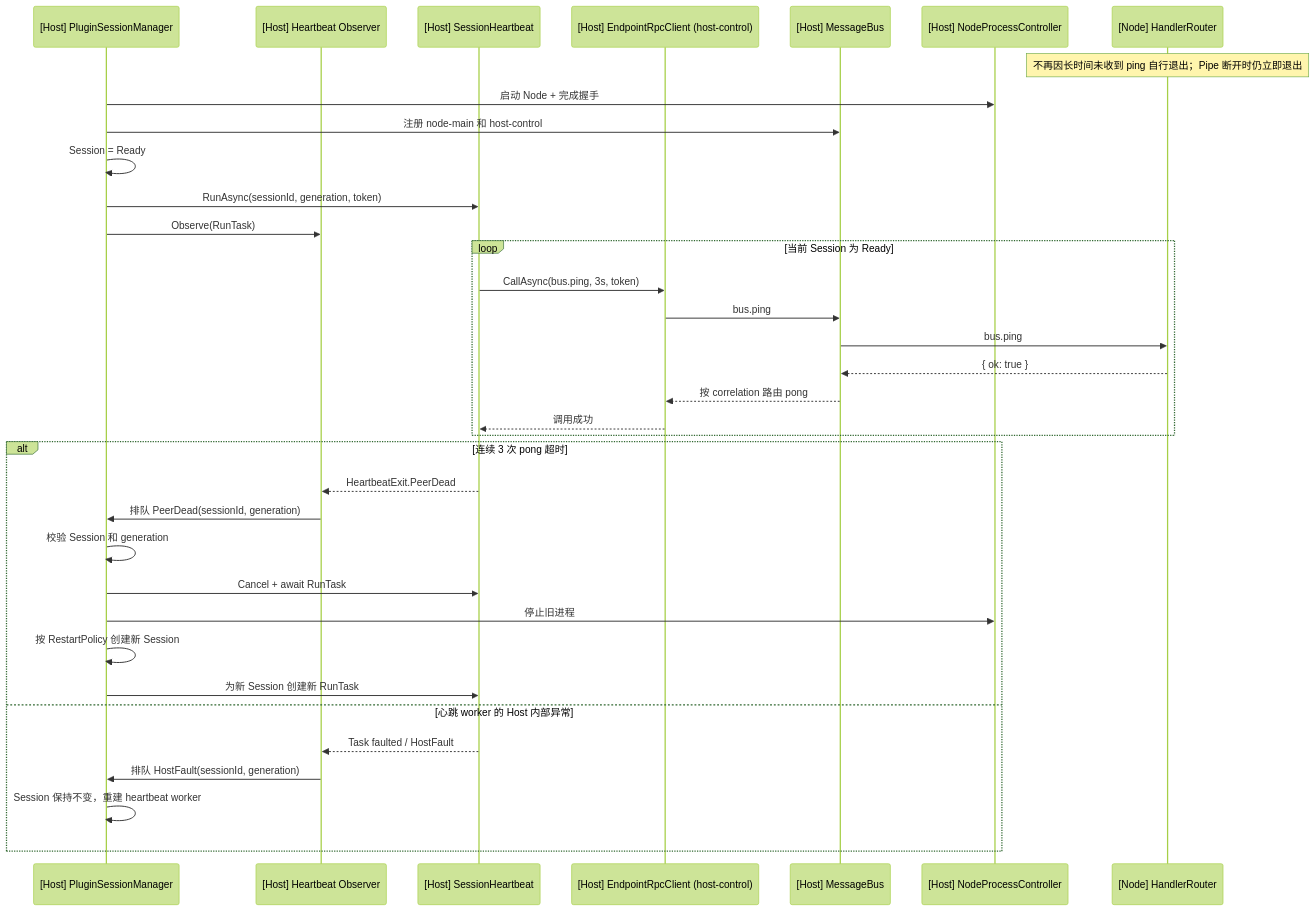
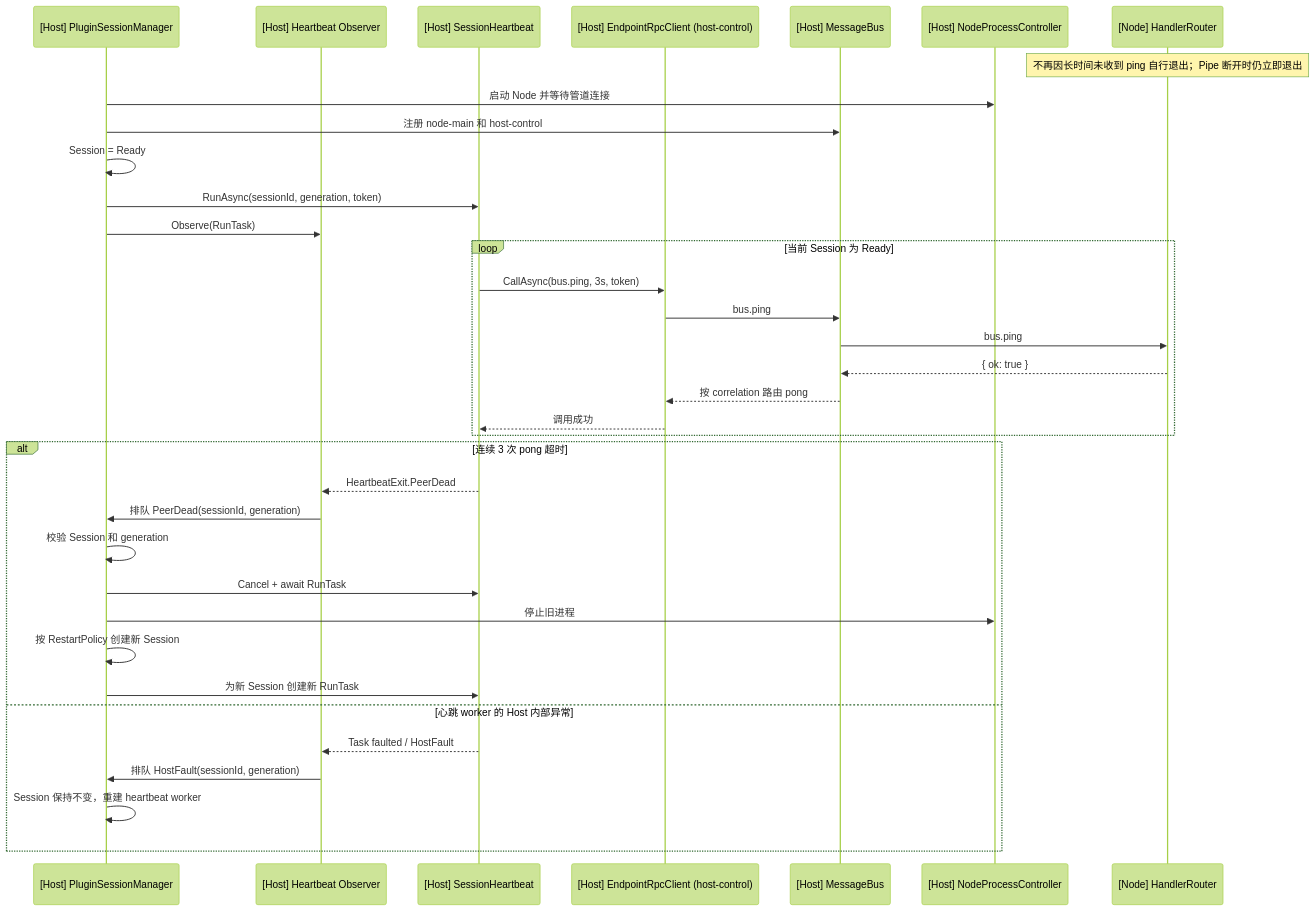
One commit to qpingcode/MyTools changed the diagram in docs/node-plugin-heartbeat-design.md. Above: the diagram before and after it, drawn with Mermaid (forest theme). The commit also changed other lines of this file and 33 other files, not shown here.

````diff
--- a/docs/node-plugin-heartbeat-design.md
+++ b/docs/node-plugin-heartbeat-design.md
@@ -228,41 +228,41 @@
 ```mermaid
 sequenceDiagram
     participant SM as [Host] PluginSessionManager
     participant OB as [Host] Heartbeat Observer
     participant HB as [Host] SessionHeartbeat
     participant RPC as [Host] EndpointRpcClient (host-control)
     participant MB as [Host] MessageBus
     participant PC as [Host] NodeProcessController
     participant SDK as [Node] HandlerRouter
 
     Note over SDK: 不再因长时间未收到 ping 自行退出；Pipe 断开时仍立即退出
 
-    SM->>PC: 启动 Node + 完成握手
+    SM->>PC: 启动 Node 并等待管道连接
     SM->>MB: 注册 node-main 和 host-control
     SM->>SM: Session = Ready
     SM->>HB: RunAsync(sessionId, generation, token)
     SM->>OB: Observe(RunTask)
 
     loop 当前 Session 为 Ready
         HB->>RPC: CallAsync(bus.ping, 3s, token)
         RPC->>MB: bus.ping
         MB->>SDK: bus.ping
         SDK-->>MB: { ok: true }
         MB-->>RPC: 按 correlation 路由 pong
         RPC-->>HB: 调用成功
     end
 
     alt 连续 3 次 pong 超时
         HB-->>OB: HeartbeatExit.PeerDead
         OB->>SM: 排队 PeerDead(sessionId, generation)
         SM->>SM: 校验 Session 和 generation
         SM->>HB: Cancel + await RunTask
         SM->>PC: 停止旧进程
         SM->>SM: 按 RestartPolicy 创建新 Session
         SM->>HB: 为新 Session 创建新 RunTask
     else 心跳 worker 的 Host 内部异常
         HB-->>OB: Task faulted / HostFault
         OB->>SM: 排队 HostFault(sessionId, generation)
         SM->>SM: Session 保持不变，重建 heartbeat worker
     end
 ```
````
